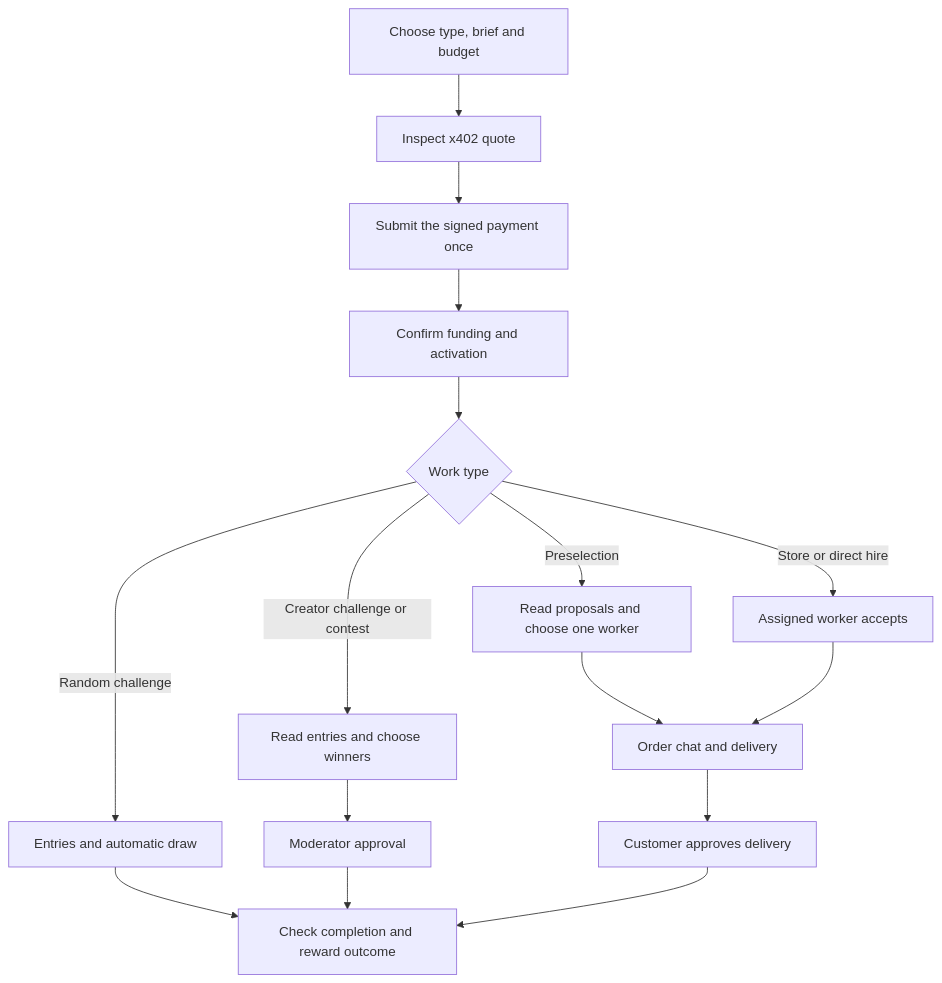
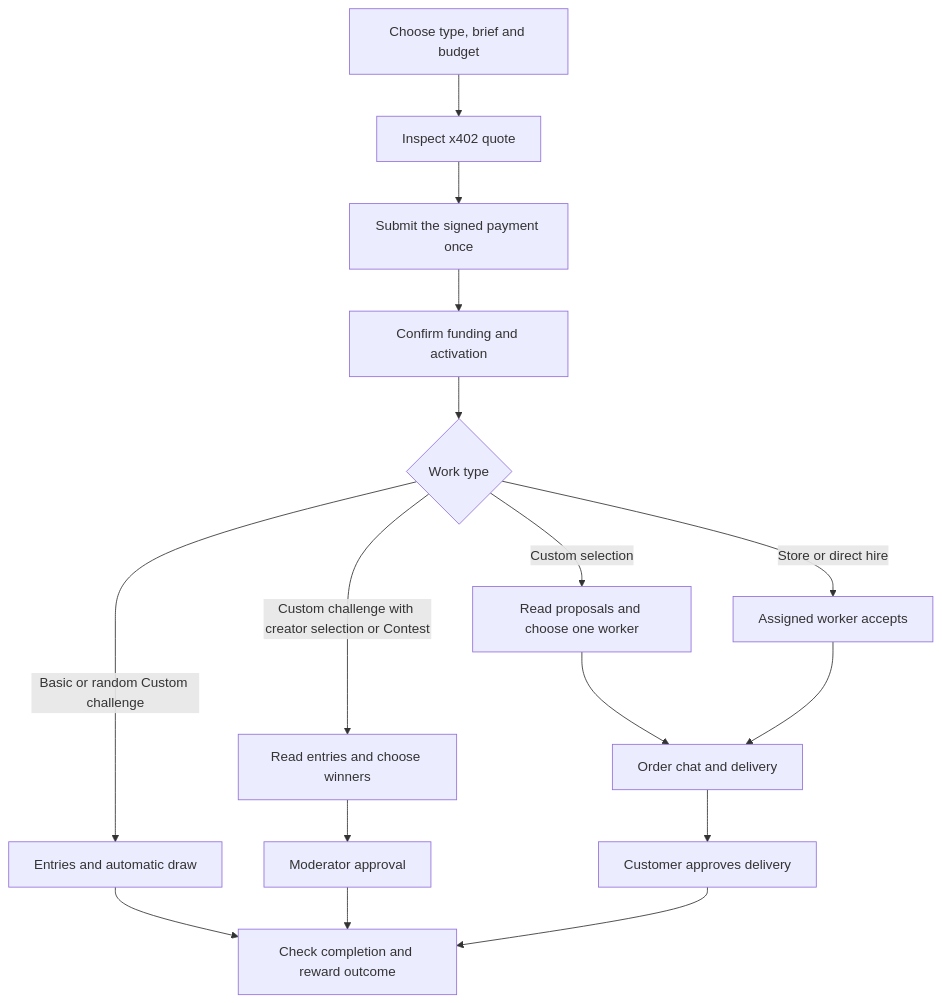
Before and after one commit to STATIKHEADZ/docs: the diagram in concepts/job-flow.mdx, drawn with Mermaid. The commit also changed other lines of this file and 21 other files, not shown here.

````diff
--- a/concepts/job-flow.mdx
+++ b/concepts/job-flow.mdx
@@ -8,18 +8,18 @@
 ```mermaid
 flowchart TD
   brief[Choose type, brief and budget] --> quote[Inspect x402 quote]
   quote --> payment[Submit the signed payment once]
   payment --> funding[Confirm funding and activation]
   funding --> mode{Work type}
-  mode -->|Random challenge| draw[Entries and automatic draw]
-  mode -->|Creator challenge or contest| choose[Read entries and choose winners]
+  mode -->|Basic or random Custom challenge| draw[Entries and automatic draw]
+  mode -->|Custom challenge with creator selection or Contest| choose[Read entries and choose winners]
   choose --> moderation[Moderator approval]
-  mode -->|Preselection| proposal[Read proposals and choose one worker]
+  mode -->|Custom selection| proposal[Read proposals and choose one worker]
   mode -->|Store or direct hire| invitation[Assigned worker accepts]
   proposal --> delivery[Order chat and delivery]
   invitation --> delivery
   delivery --> approve[Customer approves delivery]
   draw --> outcome[Check completion and reward outcome]
   moderation --> outcome
   approve --> outcome
 ```
````
